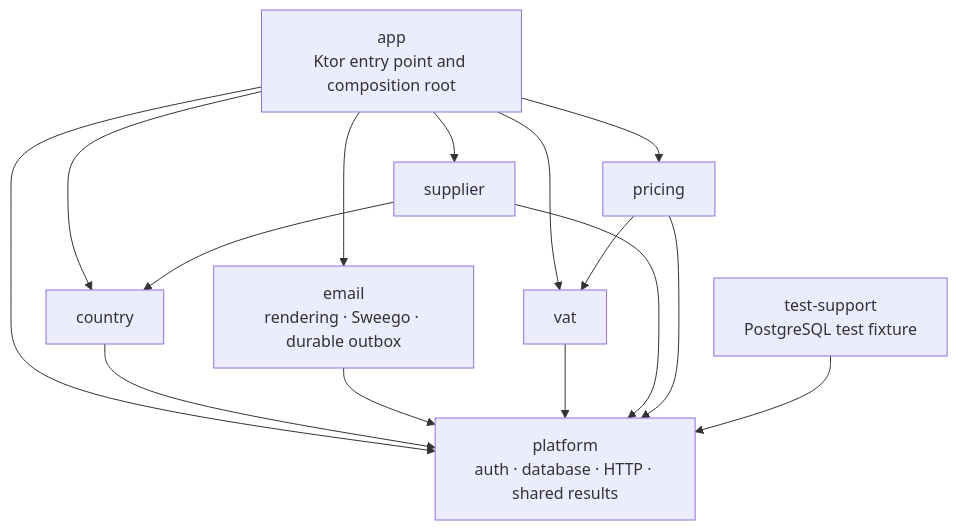
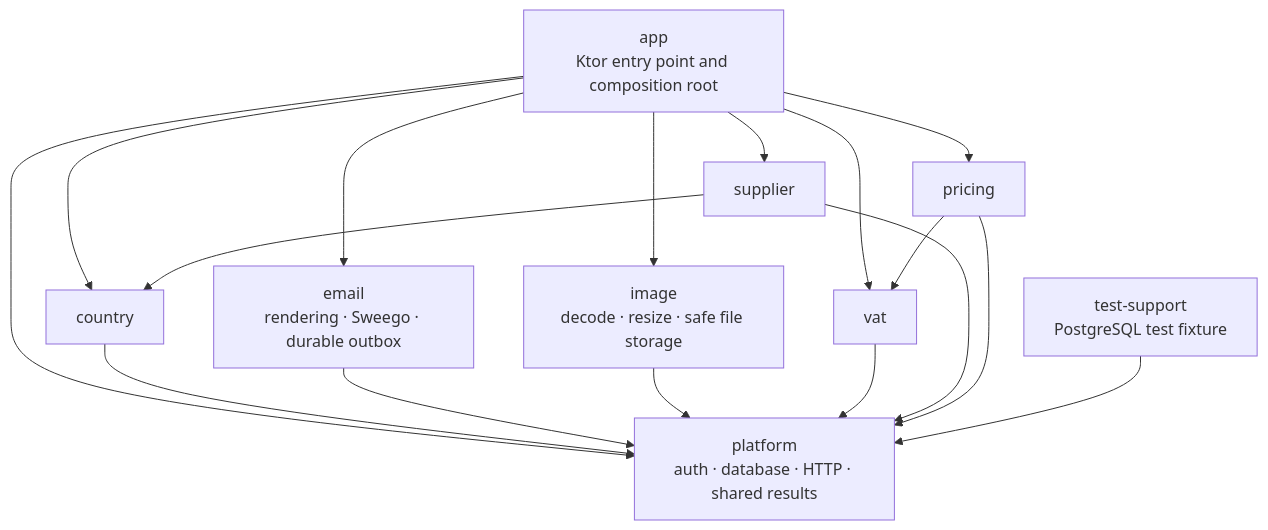
The diagram in docs/dev/backend/module-architecture.md (bitstorm-tech/voenix-shop-kotlin), drawn with Mermaid before and after one commit. The commit also changed other lines of this file and 34 other files, not shown here.

````diff
--- a/docs/dev/backend/module-architecture.md
+++ b/docs/dev/backend/module-architecture.md
@@ -34,26 +34,29 @@
 ```mermaid
 flowchart TD
     App["app<br/>Ktor entry point and composition root"]
     Platform["platform<br/>auth · database · HTTP · shared results"]
     Country["country"]
     Email["email<br/>rendering · Sweego · durable outbox"]
+    Image["image<br/>decode · resize · safe file storage"]
     Vat["vat"]
     Supplier["supplier"]
     Pricing["pricing"]
     TestSupport["test-support<br/>PostgreSQL test fixture"]
 
     App --> Platform
     App --> Country
     App --> Email
+    App --> Image
     App --> Vat
     App --> Supplier
     App --> Pricing
     Country --> Platform
     Email --> Platform
+    Image --> Platform
     Vat --> Platform
     Supplier --> Platform
     Supplier --> Country
     Pricing --> Platform
     Pricing --> Vat
     TestSupport --> Platform
 ```
````
